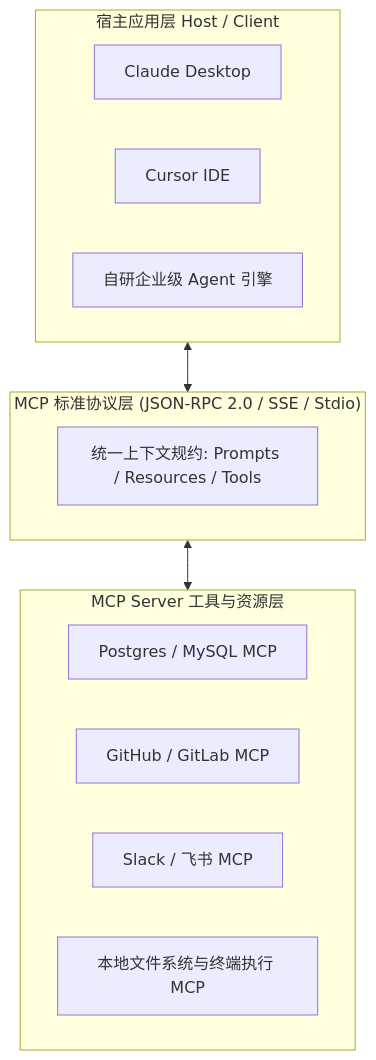
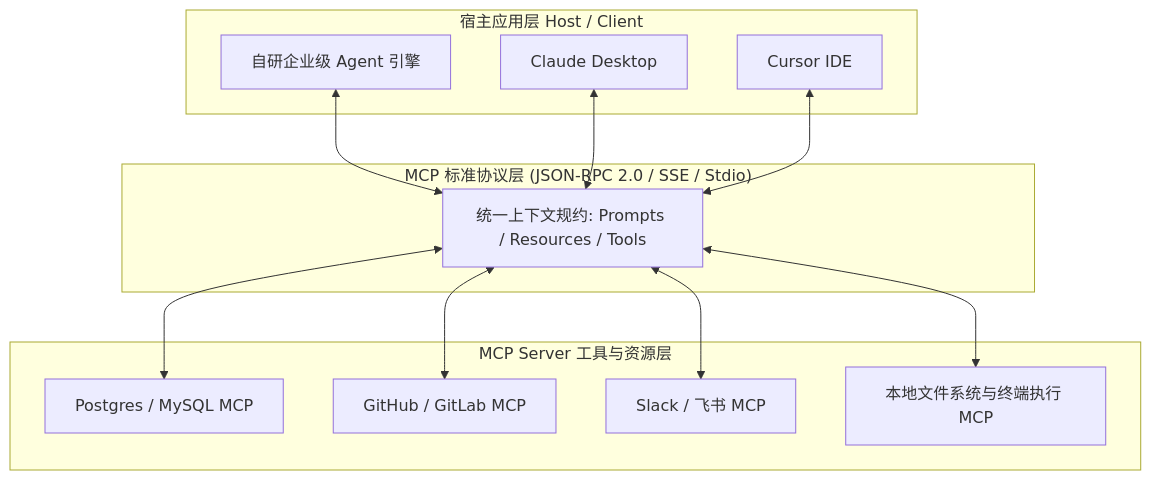
Before and after one commit to zackzhangkai/ai-agent-tutorial: the fourth of 5 diagrams in 网盘交付资料包/02_Markdown全套源码与分章文档/01-mindset.md, drawn with Mermaid. The commit also changed other lines of this file and 135 other files, not shown here.

Commit message:
fix(mermaid): fix quote mismatches and angle bracket syntax errors in chapters 1, 4, 7, 8

````diff
--- a/网盘交付资料包/02_Markdown全套源码与分章文档/01-mindset.md
+++ b/网盘交付资料包/02_Markdown全套源码与分章文档/01-mindset.md
@@ -121,23 +117,27 @@
 ```mermaid
 flowchart TD
-    subgraph HostLayer[宿主应用层 Host / Client]
-        Claude[Claude Desktop]
-        Cursor[Cursor IDE]
-        CustomAgent[自研企业级 Agent 引擎]
+    subgraph HostLayer["宿主应用层 Host / Client"]
+        Claude["Claude Desktop"]
+        Cursor["Cursor IDE"]
+        CustomAgent["自研企业级 Agent 引擎"]
     end
 
     subgraph MCPProtocol["MCP 标准协议层 (JSON-RPC 2.0 / SSE / Stdio)"]
-        CoreSpec[统一上下文规约: Prompts / Resources / Tools]
+        CoreSpec["统一上下文规约: Prompts / Resources / Tools"]
     end
 
-    subgraph ServerLayer[MCP Server 工具与资源层]
-        S1[Postgres / MySQL MCP]
-        S2[GitHub / GitLab MCP]
-        S3[Slack / 飞书 MCP]
-        S4[本地文件系统与终端执行 MCP]
+    subgraph ServerLayer["MCP Server 工具与资源层"]
+        S1["Postgres / MySQL MCP"]
+        S2["GitHub / GitLab MCP"]
+        S3["Slack / 飞书 MCP"]
+        S4["本地文件系统与终端执行 MCP"]
     end
 
-    HostLayer   <-->   MCPProtocol   <-->   ServerLayer
-
-
+    CustomAgent <--> CoreSpec
+    Claude <--> CoreSpec
+    Cursor <--> CoreSpec
+    CoreSpec <--> S1
+    CoreSpec <--> S2
+    CoreSpec <--> S3
+    CoreSpec <--> S4
 ```
````
